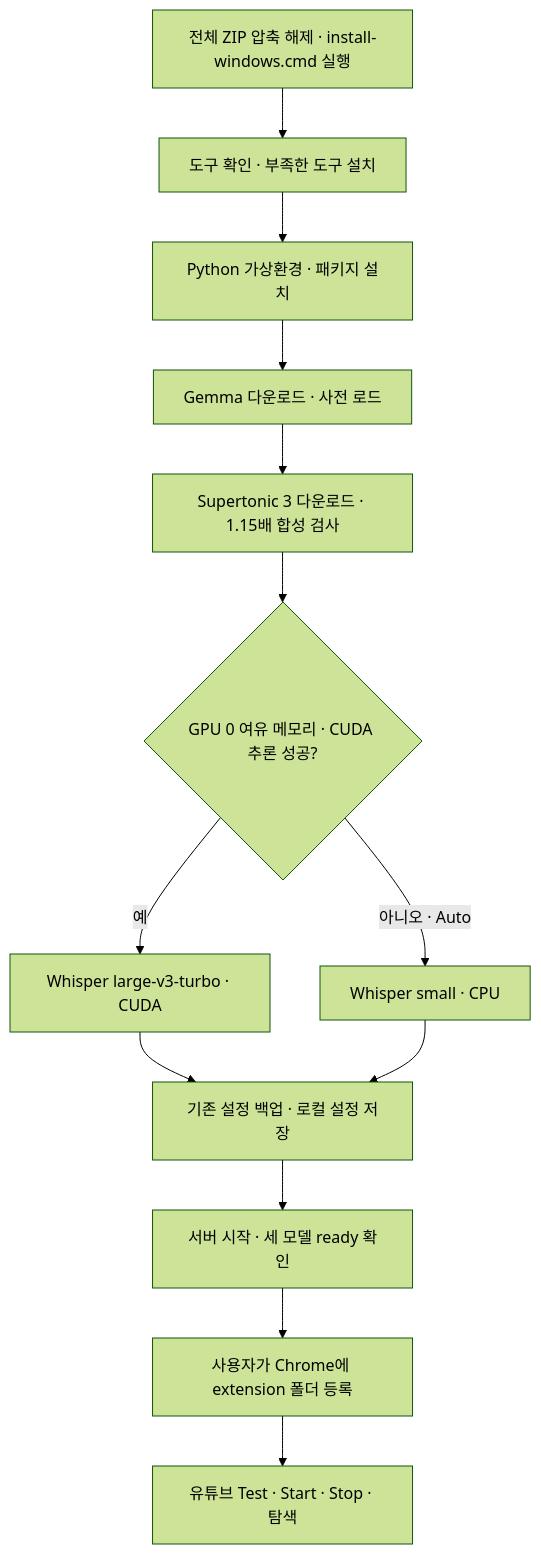
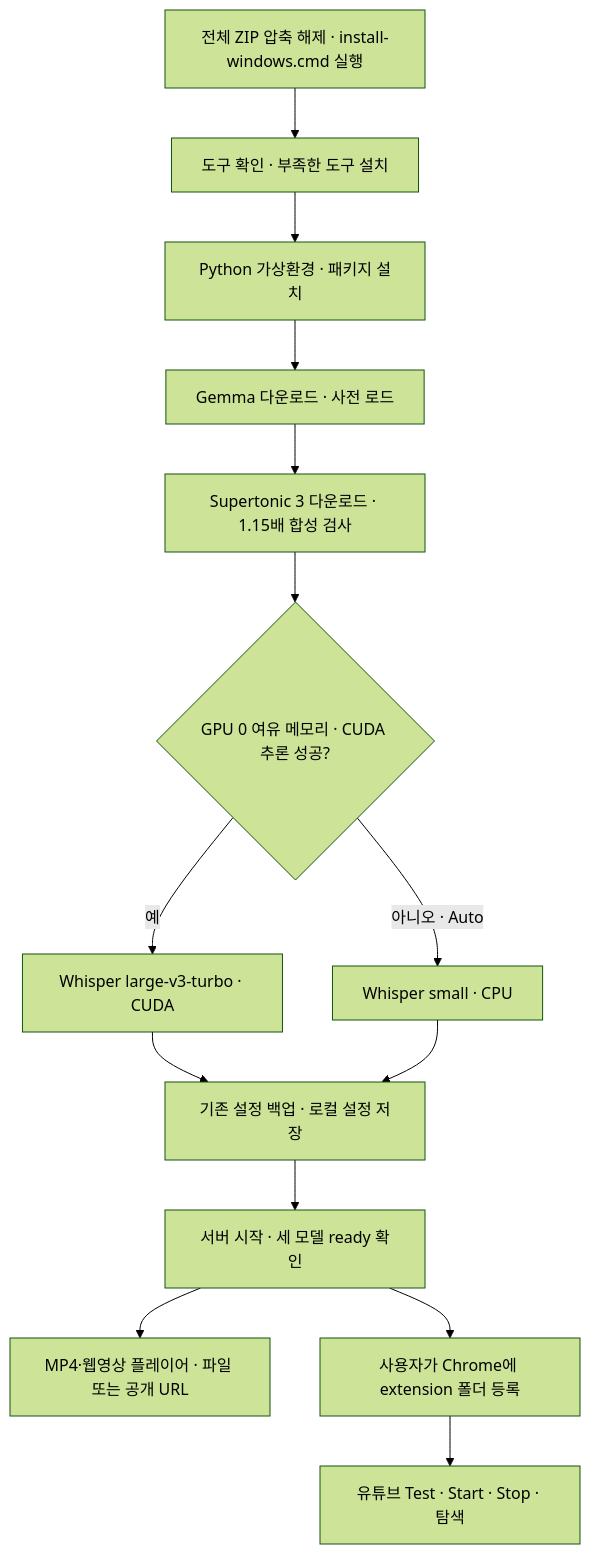
One commit to Choi-sungjin/youtube-live-dub-mvp changed the diagram in docs/auto-install-windows.md. Above: the diagram before and after it, drawn with Mermaid (forest theme). The commit also changed other lines of this file and 24 other files, not shown here.

````diff
--- a/docs/auto-install-windows.md
+++ b/docs/auto-install-windows.md
@@ -67,15 +70,16 @@
 ```mermaid
 flowchart TD
   A[전체 ZIP 압축 해제 · install-windows.cmd 실행] --> B[도구 확인 · 부족한 도구 설치]
   B --> C[Python 가상환경 · 패키지 설치]
   C --> D[Gemma 다운로드 · 사전 로드]
   D --> E[Supertonic 3 다운로드 · 1.15배 합성 검사]
   E --> F{GPU 0 여유 메모리 · CUDA 추론 성공?}
   F -->|예| G[Whisper large-v3-turbo · CUDA]
   F -->|아니오 · Auto| H[Whisper small · CPU]
   G --> I[기존 설정 백업 · 로컬 설정 저장]
   H --> I
   I --> J[서버 시작 · 세 모델 ready 확인]
+  J --> M[MP4·웹영상 플레이어 · 파일 또는 공개 URL]
   J --> K[사용자가 Chrome에 extension 폴더 등록]
   K --> L[유튜브 Test · Start · Stop · 탐색]
 ```
````
